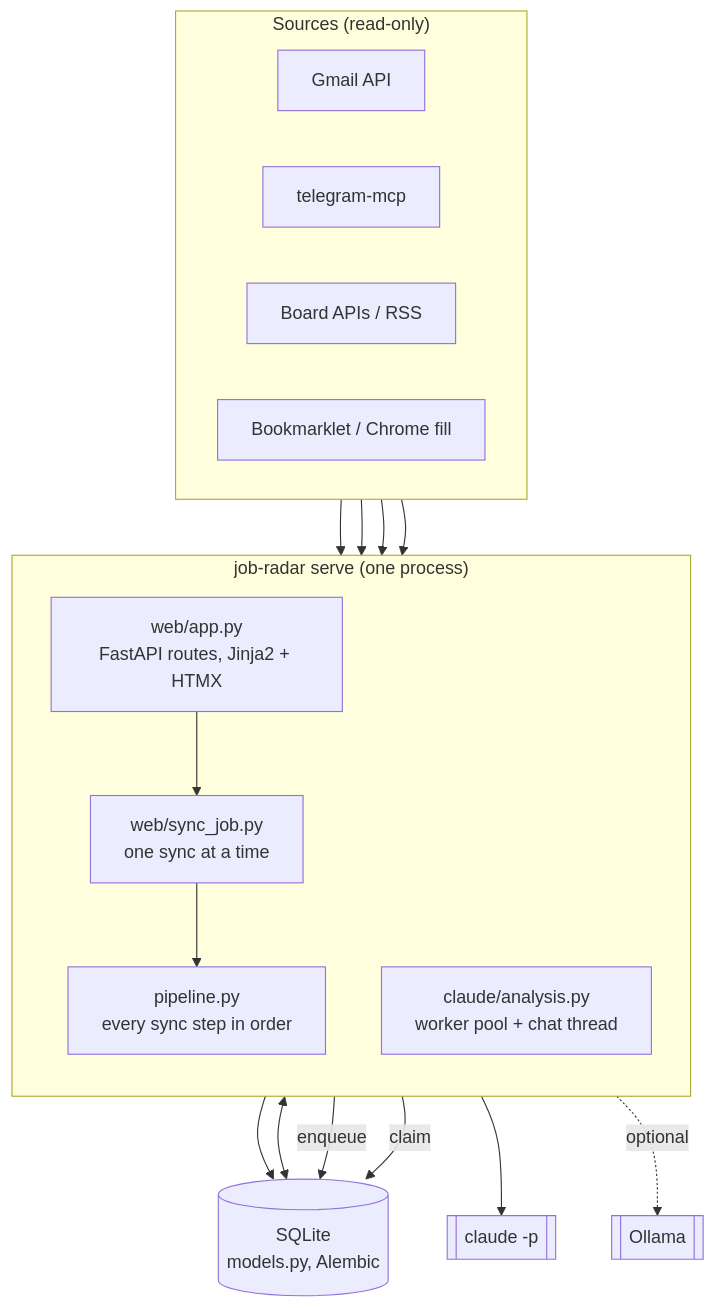
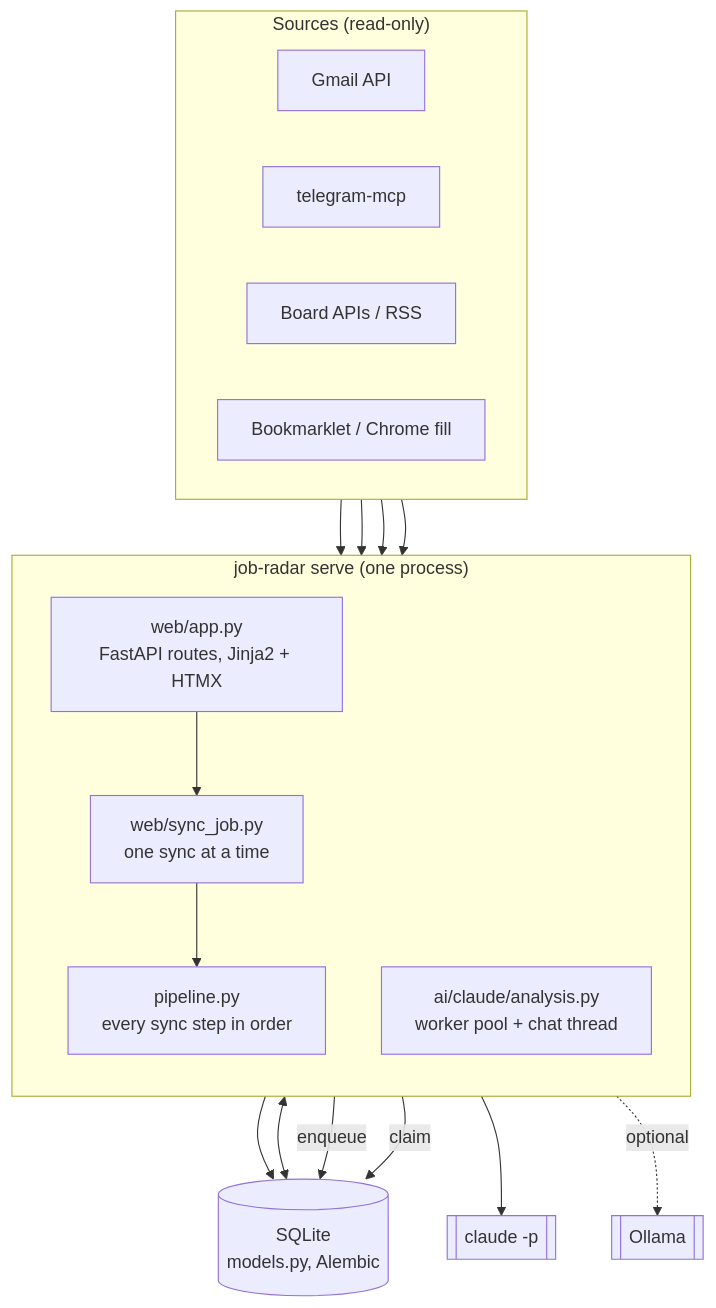
Before and after one commit to dremdem/job-radar: the first of 2 diagrams in docs/architecture.md, drawn with Mermaid. The commit also changed other lines of this file and 23 other files, not shown here.

````diff
--- a/docs/architecture.md
+++ b/docs/architecture.md
@@ -5,29 +5,29 @@
 ```mermaid
 flowchart TB
     subgraph In["Sources (read-only)"]
         direction LR
         GM[Gmail API]
         TG[telegram-mcp]
         BD[Board APIs / RSS]
         BR[Bookmarklet / Chrome fill]
     end
     subgraph App["job-radar serve (one process)"]
         direction TB
         WEB[web/app.py<br/>FastAPI routes, Jinja2 + HTMX]
         SJ[web/sync_job.py<br/>one sync at a time]
         PL[pipeline.py<br/>every sync step in order]
-        CW[claude/analysis.py<br/>worker pool + chat thread]
+        CW[ai/claude/analysis.py<br/>worker pool + chat thread]
     end
     DB[(SQLite<br/>models.py, Alembic)]
     CL[[claude -p]]
     OL[[Ollama]]
 
     GM & TG & BD --> PL
     BR --> WEB
     WEB --> SJ --> PL --> DB
     WEB <--> DB
     WEB -- enqueue --> DB
     CW -- claim --> DB
     CW --> CL
     PL -. optional .-> OL
 ```
````
